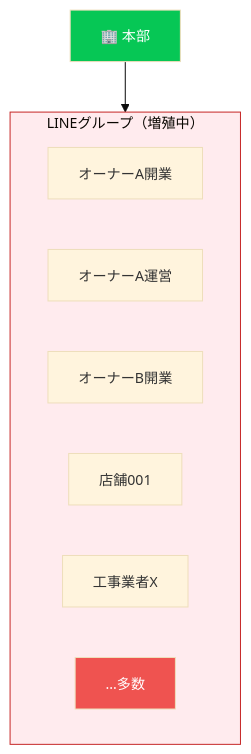
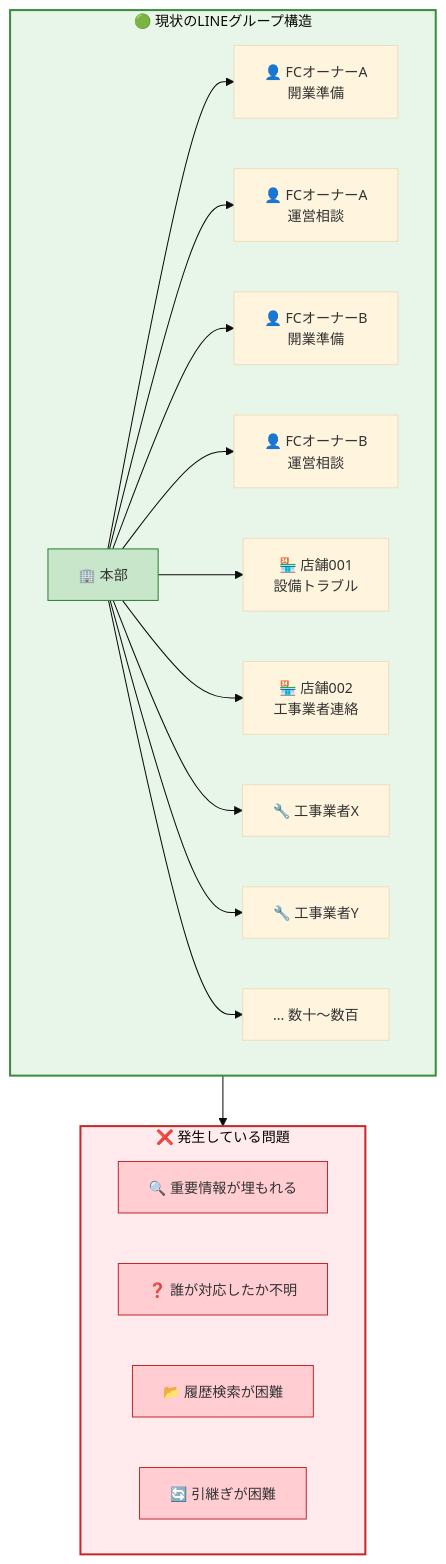
One commit to PLark-droid/lark-proposal changed the second of 20 diagrams in docs/FITPLACE_LARK_PROPOSAL.md. Above: the diagram before and after it, drawn with Mermaid. The commit also changed other lines of this file, not shown here.

First line of the commit message:
docs: V1コンテンツベースにインフォグラフィック品質のMermaid図を適用

````diff
--- a/docs/FITPLACE_LARK_PROPOSAL.md
+++ b/docs/FITPLACE_LARK_PROPOSAL.md
@@ -95,20 +87,34 @@
 ```mermaid
 %%{init: {'theme': 'base', 'themeVariables': {'fontSize': '14px'}}}%%
 flowchart TB
-    HQ["🏢 本部"]
+    subgraph line["🟢 現状のLINEグループ構造"]
+        HQ["🏢 本部"]
 
-    subgraph groups["LINEグループ（増殖中）"]
-        G1["オーナーA開業"]
-        G2["オーナーA運営"]
-        G3["オーナーB開業"]
-        G4["店舗001"]
-        G5["工事業者X"]
-        G6["...多数"]
+        HQ --> G1["👤 FCオーナーA<br/>開業準備"]
+        HQ --> G2["👤 FCオーナーA<br/>運営相談"]
+        HQ --> G3["👤 FCオーナーB<br/>開業準備"]
+        HQ --> G4["👤 FCオーナーB<br/>運営相談"]
+        HQ --> G5["🏪 店舗001<br/>設備トラブル"]
+        HQ --> G6["🏪 店舗002<br/>工事業者連絡"]
+        HQ --> G7["🔧 工事業者X"]
+        HQ --> G8["🔧 工事業者Y"]
+        HQ --> G9["... 数十〜数百"]
     end
 
-    HQ --> groups
+    subgraph problems["❌ 発生している問題"]
+        P1["🔍 重要情報が埋もれる"]
+        P2["❓ 誰が対応したか不明"]
+        P3["📂 履歴検索が困難"]
+        P4["🔄 引継ぎが困難"]
+    end
 
-    style HQ fill:#06c755,color:#fff
-    style groups fill:#ffebee,stroke:#c62828
-    style G6 fill:#ef5350,color:#fff
+    line --> problems
+
+    style line fill:#e8f5e9,stroke:#388e3c,stroke-width:2px
+    style problems fill:#ffebee,stroke:#c62828,stroke-width:2px
+    style HQ fill:#c8e6c9,stroke:#2e7d32
+    style P1 fill:#ffcdd2,stroke:#c62828
+    style P2 fill:#ffcdd2,stroke:#c62828
+    style P3 fill:#ffcdd2,stroke:#c62828
+    style P4 fill:#ffcdd2,stroke:#c62828
 ```
````
